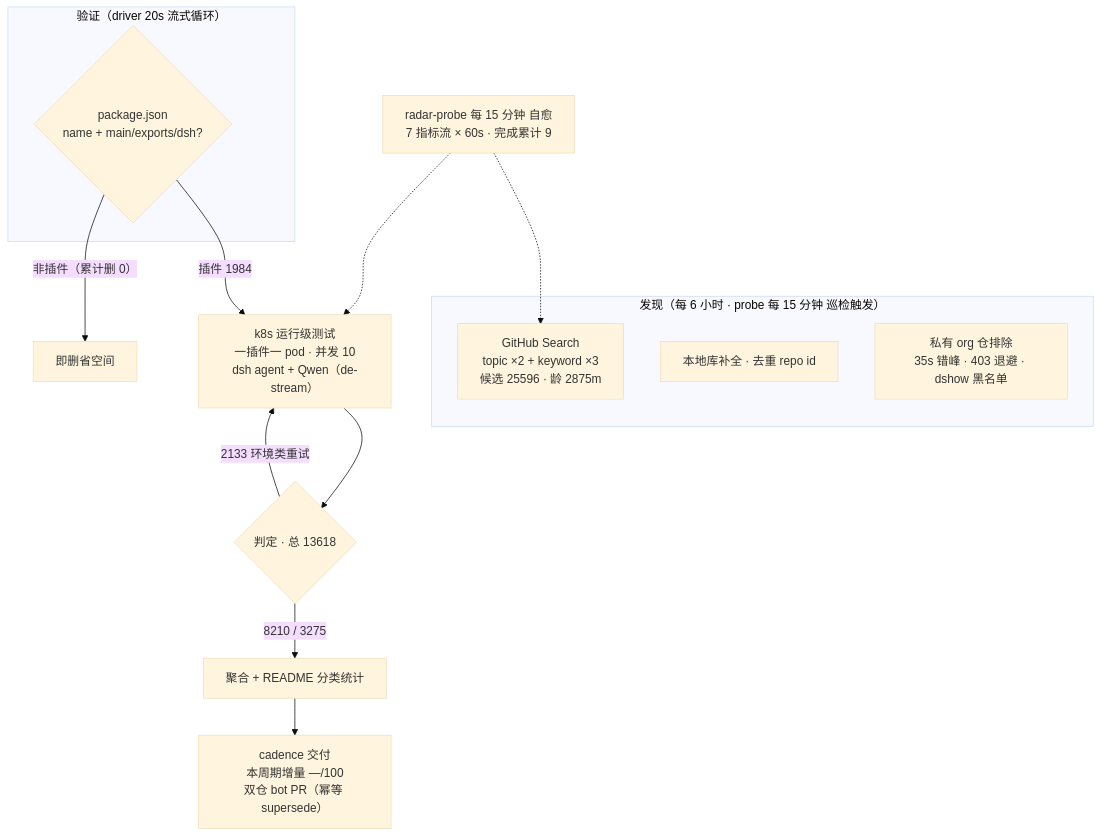
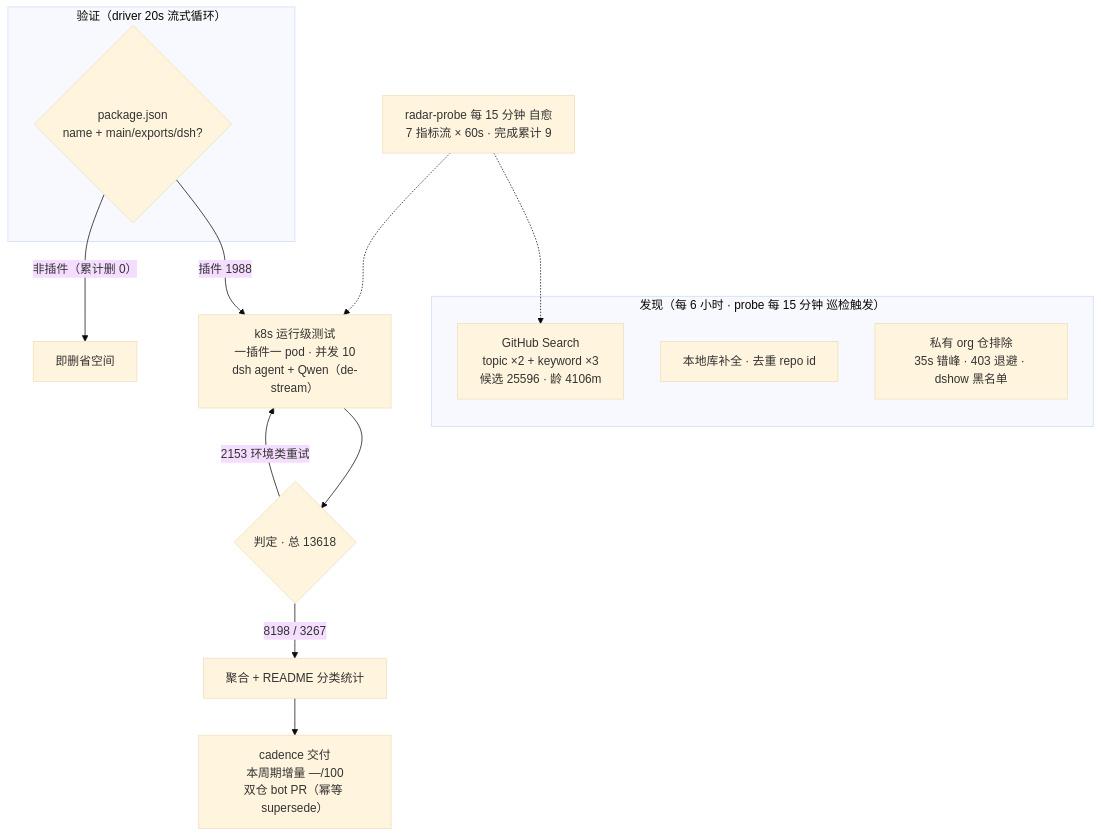
Before and after one commit to Zhidao-Lab-OSS/awesome-dsh-plugins: the diagram in README.md, drawn with Mermaid (base theme). The commit also changed other lines of this file and 1 other file, not shown here.

````diff
--- a/README.md
+++ b/README.md
@@ -54,20 +54,20 @@
 ```mermaid
 flowchart TB
     subgraph Discovery["发现（每 6 小时 · probe 每 15 分钟 巡检触发）"]
-        A1["GitHub Search<br/>topic ×2 + keyword ×3<br/>候选 25596 · 龄 2875m"]
+        A1["GitHub Search<br/>topic ×2 + keyword ×3<br/>候选 25596 · 龄 4106m"]
         A2["本地库补全 · 去重 repo id"]
         A3["私有 org 仓排除<br/>35s 错峰 · 403 退避 · dshow 黑名单"]
     end
     subgraph Validation["验证（driver 20s 流式循环）"]
         B1{"package.json<br/>name + main/exports/dsh?"}
     end
-    B1 -->|"插件 1984"| C1["k8s 运行级测试<br/>一插件一 pod · 并发 10<br/>dsh agent + Qwen（de-stream）"]
+    B1 -->|"插件 1988"| C1["k8s 运行级测试<br/>一插件一 pod · 并发 10<br/>dsh agent + Qwen（de-stream）"]
     B1 -->|"非插件（累计删 0）"| B3["即删省空间"]
     C1 --> D1{"判定 · 总 13618"}
-    D1 -->|"8210 / 3275"| E1["聚合 + README 分类统计"]
-    D1 -->|"2133 环境类重试"| C1
+    D1 -->|"8198 / 3267"| E1["聚合 + README 分类统计"]
+    D1 -->|"2153 环境类重试"| C1
     E1 --> E2["cadence 交付<br/>本周期增量 —/100<br/>双仓 bot PR（幂等 supersede）"]
     M["radar-probe 每 15 分钟 自愈<br/>7 指标流 × 60s · 完成累计 9"]
     M -.-> A1
     M -.-> C1
 ```
````
